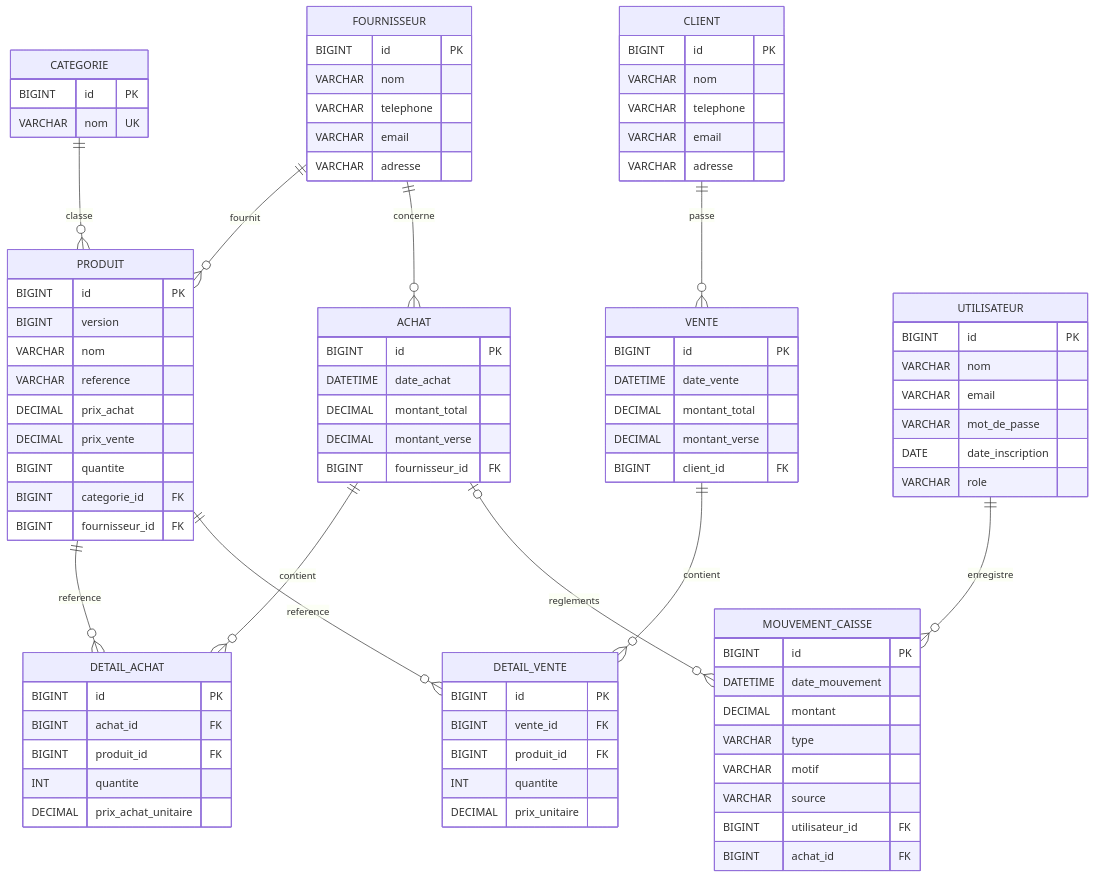
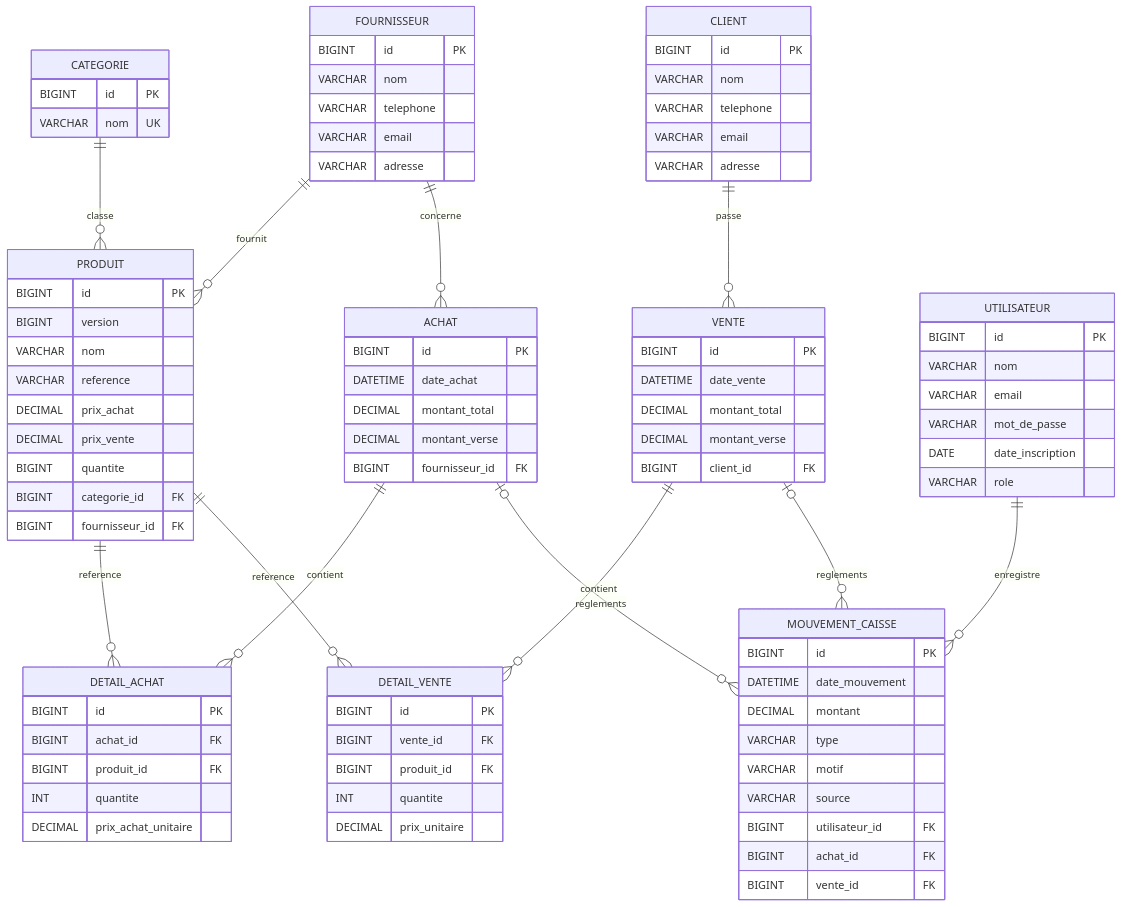
The diagram in docs/database-schema.md (CherifDalein/gestion-de-stock), drawn with Mermaid before and after one commit. The commit also changed other lines of this file and 19 other files, not shown here.

````diff
--- a/docs/database-schema.md
+++ b/docs/database-schema.md
@@ -95,6 +96,7 @@
     PRODUIT ||--o{ DETAIL_VENTE : reference
     UTILISATEUR ||--o{ MOUVEMENT_CAISSE : enregistre
     ACHAT o|--o{ MOUVEMENT_CAISSE : reglements
+    VENTE o|--o{ MOUVEMENT_CAISSE : reglements
 
     CATEGORIE {
         BIGINT id PK
@@ -170,5 +172,6 @@
         VARCHAR source
         BIGINT utilisateur_id FK
         BIGINT achat_id FK
+        BIGINT vente_id FK
     }
 ```
````
